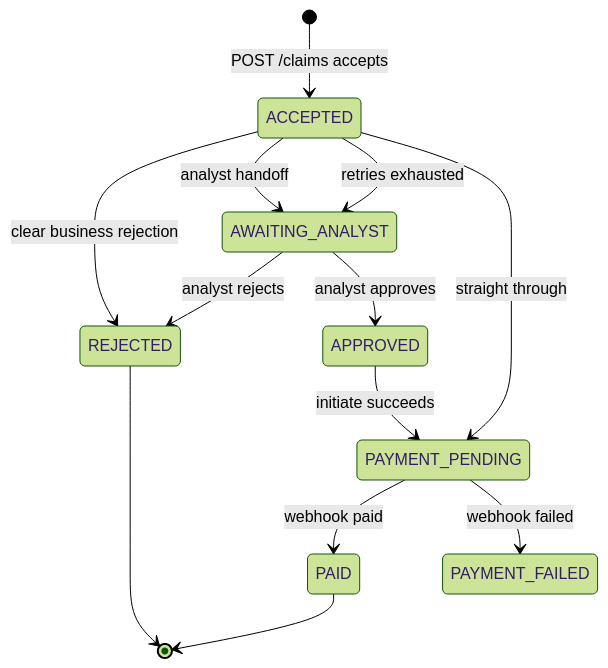
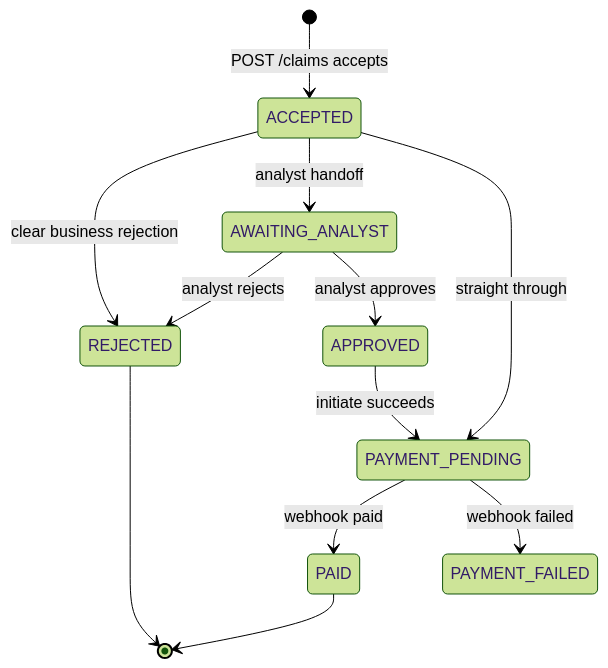
One commit to srf0407/claims-case-study changed the first of 2 diagrams in claims-processing/docs/diagrams/state-claim.md. Above: the diagram before and after it, drawn with Mermaid (forest theme). The commit also changed other lines of this file and 6 other files, not shown here.

First line of the commit message:
docs: label the running sample and the ideal claims flow

````diff
--- a/claims-processing/docs/diagrams/state-claim.md
+++ b/claims-processing/docs/diagrams/state-claim.md
@@ -3,20 +5,19 @@
 ```mermaid
 stateDiagram-v2
     [*] --> ACCEPTED: POST /claims accepts
 
     ACCEPTED --> REJECTED: clear business rejection
     ACCEPTED --> AWAITING_ANALYST: analyst handoff
-    ACCEPTED --> AWAITING_ANALYST: retries exhausted
     ACCEPTED --> PAYMENT_PENDING: straight through
 
     AWAITING_ANALYST --> REJECTED: analyst rejects
     AWAITING_ANALYST --> APPROVED: analyst approves
 
     APPROVED --> PAYMENT_PENDING: initiate succeeds
 
     PAYMENT_PENDING --> PAID: webhook paid
     PAYMENT_PENDING --> PAYMENT_FAILED: webhook failed
 
     REJECTED --> [*]
     PAID --> [*]
 ```
````
